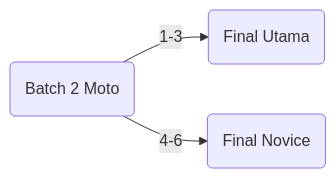
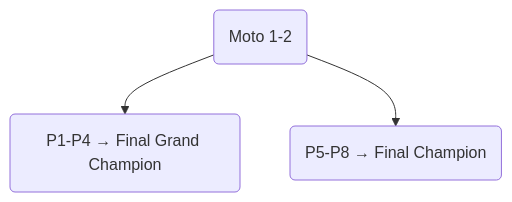
One commit to thosangs/sigerace changed the second of 8 diagrams in README.md. Above: the diagram before and after it, drawn with Mermaid. The commit also changed other lines of this file and 4 other files, not shown here.

````diff
--- a/README.md
+++ b/README.md
@@ -3,5 +115,8 @@
 ```mermaid
-flowchart LR
-A(Batch 2 Moto) -->|1-3| B(Final Utama)
-A(Batch 2 Moto) -->|4-6| C(Final Novice)
+flowchart TD
+  B1(Moto 1-2)
+  B2a(P1-P4 → Final Grand Champion)
+  B2b(P5-P8 → Final Champion)
+  B1 --> B2a
+  B1 --> B2b
 ```
````
